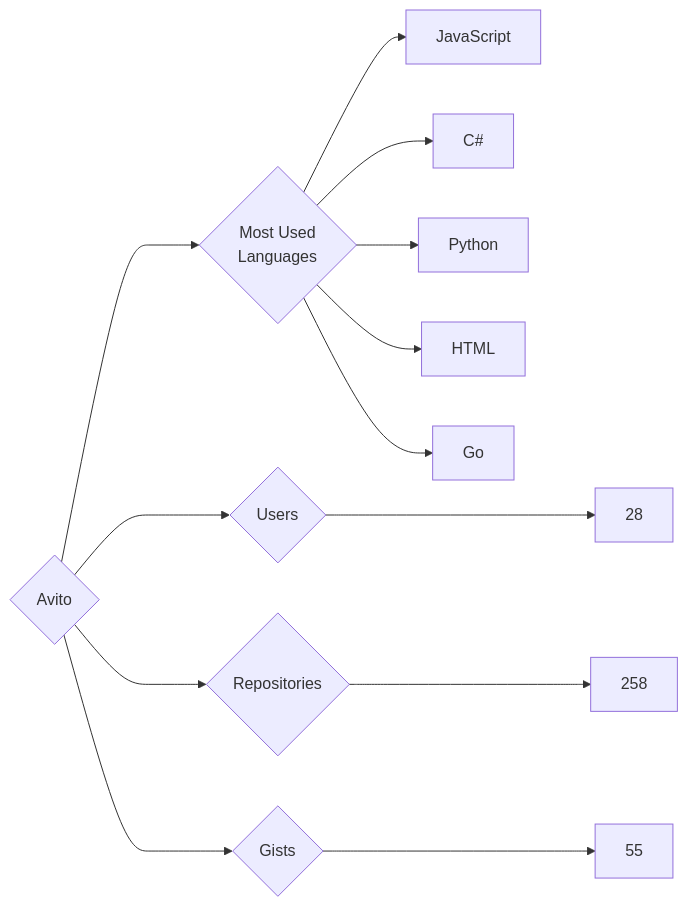
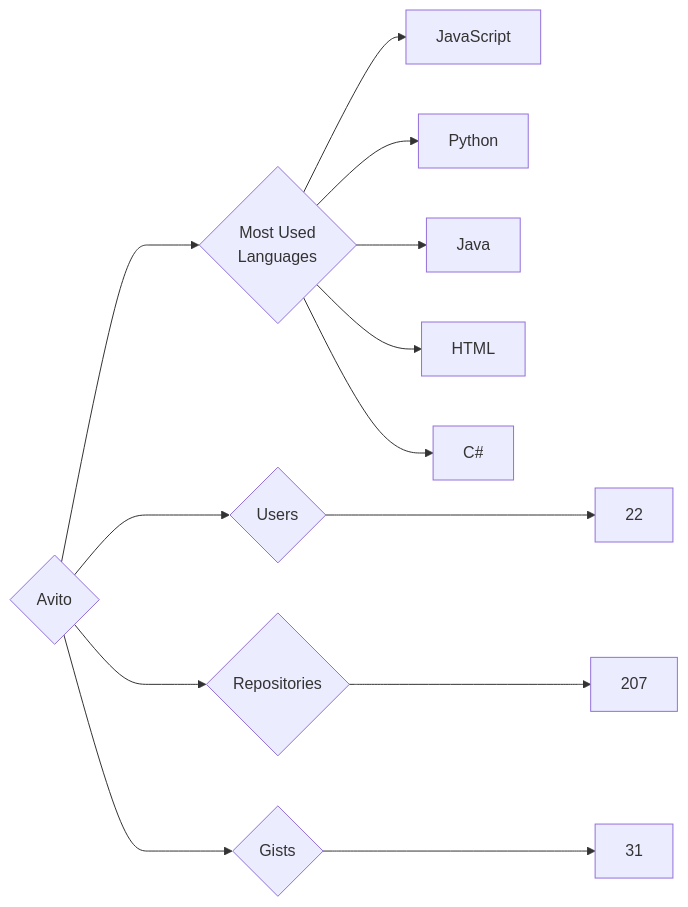
Before and after one commit to trickest/insiders: the diagram in targets/Avito/README.md, drawn with Mermaid. The commit also changed 622 other files, not shown here.

````diff
--- a/targets/Avito/README.md
+++ b/targets/Avito/README.md
@@ -3,13 +3,13 @@
 ```mermaid
 graph LR
 COMPANY_NAME{Avito}
-COMPANY_NAME ---> U{Users} ---> UN[28]
-COMPANY_NAME ---> R{Repositories} ---> RN[258]
-COMPANY_NAME ---> G{Gists} ---> GN[55]
+COMPANY_NAME ---> U{Users} ---> UN[22]
+COMPANY_NAME ---> R{Repositories} ---> RN[207]
+COMPANY_NAME ---> G{Gists} ---> GN[31]
 COMPANY_NAME ---> ML{Most Used<br>Languages}
 ML --> JavaScript[JavaScript]
+ML --> Python[Python]
+ML --> Java[Java]
+ML --> HTML[HTML]
 ML --> C#[C#]
-ML --> Python[Python]
-ML --> HTML[HTML]
-ML --> Go[Go]
 ```
````
